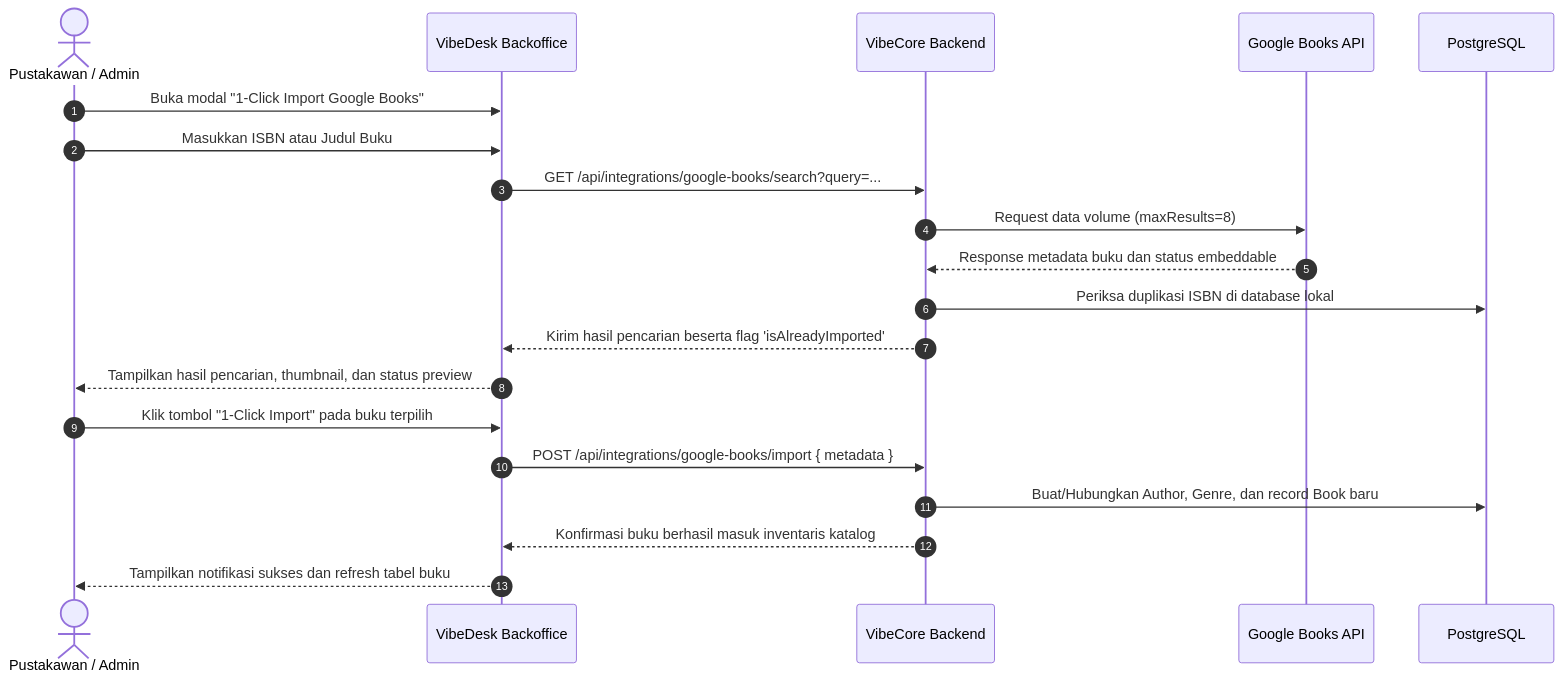
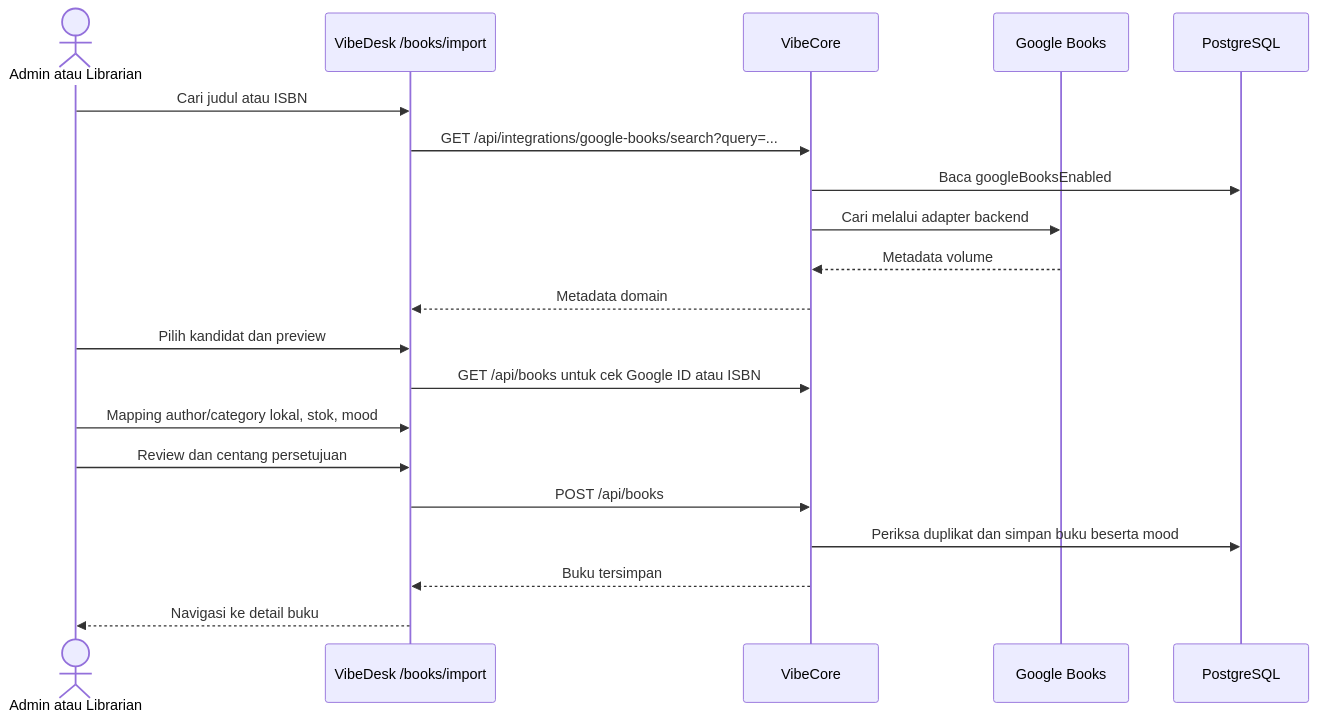
The third of 4 diagrams in Documentations/product/alur-pengguna.md (vincent-guizot/readvibe-core_desk), drawn with Mermaid before and after one commit. The commit also changed other lines of this file and 9 other files, not shown here.

````diff
--- a/Documentations/product/alur-pengguna.md
+++ b/Documentations/product/alur-pengguna.md
@@ -63,23 +55,22 @@
 ```mermaid
 sequenceDiagram
-    autonumber
-    actor Curator as Pustakawan / Admin
-    participant VD as VibeDesk Backoffice
-    participant VC as VibeCore Backend
-    participant GBooks as Google Books API
-    participant DB as PostgreSQL
-
-    Curator->>VD: Buka modal "1-Click Import Google Books"
-    Curator->>VD: Masukkan ISBN atau Judul Buku
-    VD->>VC: GET /api/integrations/google-books/search?query=...
-    VC->>GBooks: Request data volume (maxResults=8)
-    GBooks-->>VC: Response metadata buku dan status embeddable
-    VC->>DB: Periksa duplikasi ISBN di database lokal
-    VC-->>VD: Kirim hasil pencarian beserta flag 'isAlreadyImported'
-    VD-->>Curator: Tampilkan hasil pencarian, thumbnail, dan status preview
-    Curator->>VD: Klik tombol "1-Click Import" pada buku terpilih
-    VD->>VC: POST /api/integrations/google-books/import { metadata }
-    VC->>DB: Buat/Hubungkan Author, Genre, dan record Book baru
-    VC-->>VD: Konfirmasi buku berhasil masuk inventaris katalog
-    VD-->>Curator: Tampilkan notifikasi sukses dan refresh tabel buku
+  actor Staff as Admin atau Librarian
+  participant UI as VibeDesk /books/import
+  participant API as VibeCore
+  participant Books as Google Books
+  participant DB as PostgreSQL
+  Staff->>UI: Cari judul atau ISBN
+  UI->>API: GET /api/integrations/google-books/search?query=...
+  API->>DB: Baca googleBooksEnabled
+  API->>Books: Cari melalui adapter backend
+  Books-->>API: Metadata volume
+  API-->>UI: Metadata domain
+  Staff->>UI: Pilih kandidat dan preview
+  UI->>API: GET /api/books untuk cek Google ID atau ISBN
+  Staff->>UI: Mapping author/category lokal, stok, mood
+  Staff->>UI: Review dan centang persetujuan
+  UI->>API: POST /api/books
+  API->>DB: Periksa duplikat dan simpan buku beserta mood
+  API-->>UI: Buku tersimpan
+  UI-->>Staff: Navigasi ke detail buku
 ```
````
